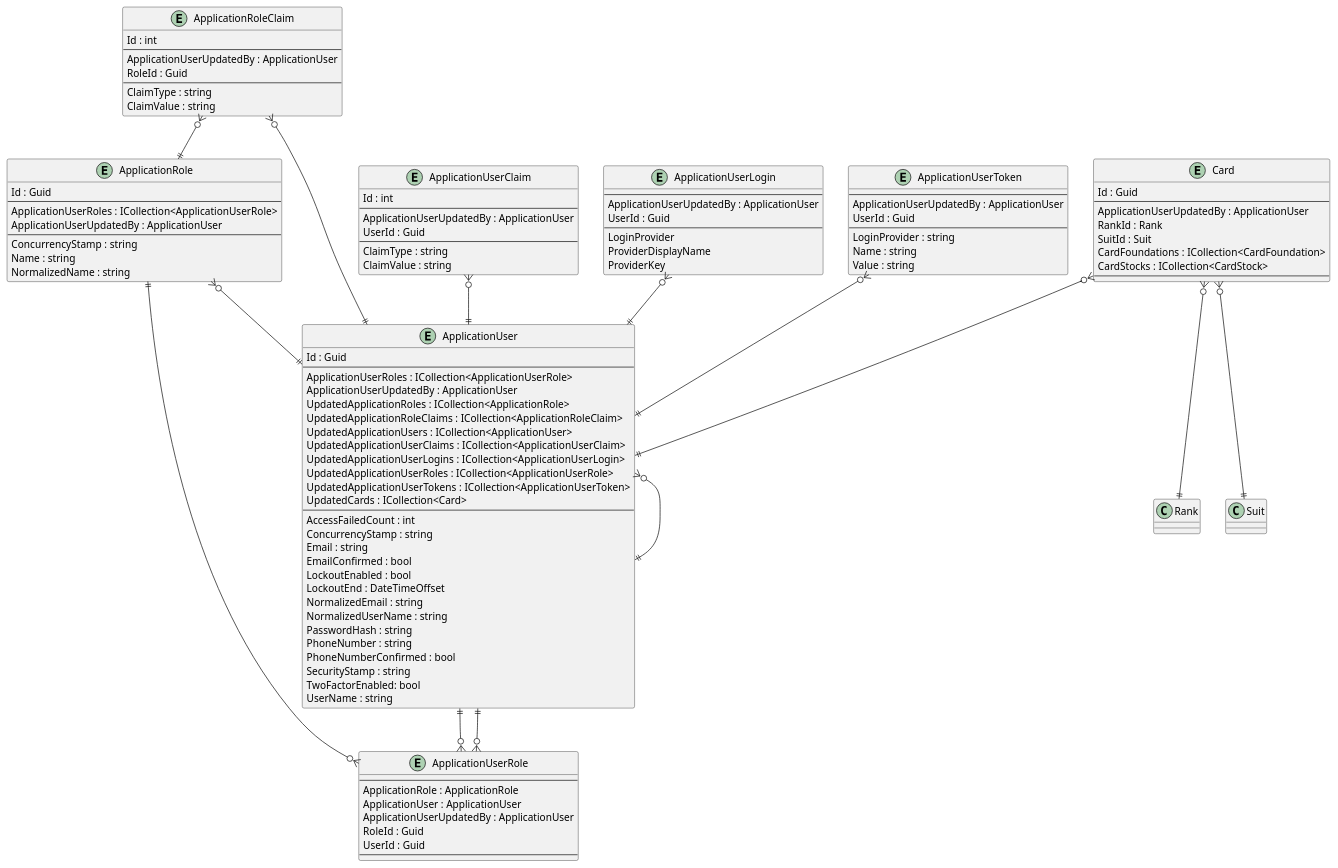
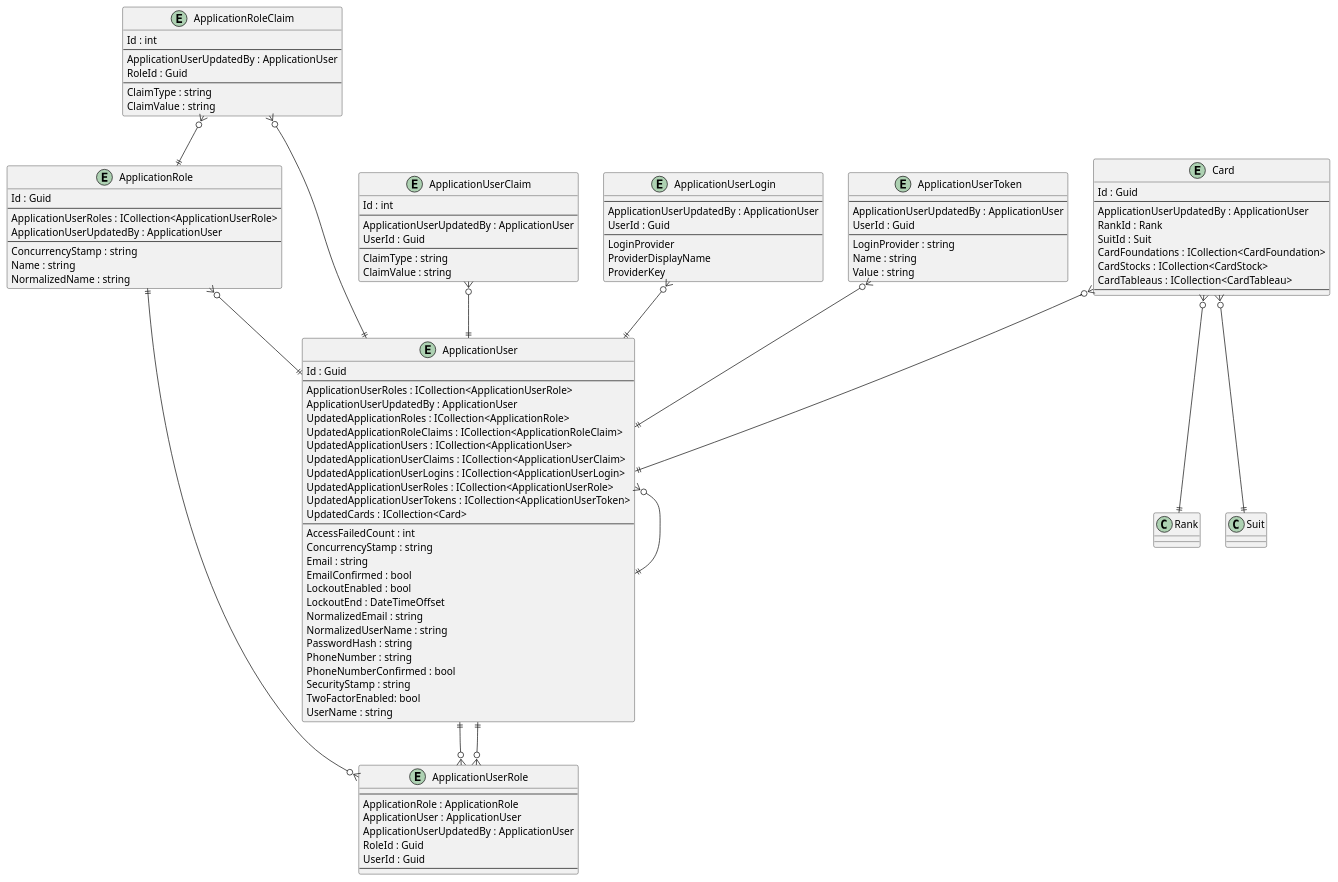
Before and after one commit to intrepion/intrepion_klondike-solitaire_csharp: the diagram in .docs/Intrepion.KlondikeSolitaire.pu, drawn with PlantUML.

```diff
--- a/.docs/Intrepion.KlondikeSolitaire.pu
+++ b/.docs/Intrepion.KlondikeSolitaire.pu
@@ -1,126 +1,127 @@
 @startuml
 
 entity ApplicationRole {
     Id : Guid
     --
     ApplicationUserRoles : ICollection<ApplicationUserRole>
     ApplicationUserUpdatedBy : ApplicationUser
     --
     ConcurrencyStamp : string
     Name : string
     NormalizedName : string
 }
 
 entity ApplicationRoleClaim {
     Id : int
     --
     ApplicationUserUpdatedBy : ApplicationUser
     RoleId : Guid
     --
     ClaimType : string
     ClaimValue : string
 }
 
 entity ApplicationUser {
     Id : Guid
     --
     ApplicationUserRoles : ICollection<ApplicationUserRole>
     ApplicationUserUpdatedBy : ApplicationUser
     UpdatedApplicationRoles : ICollection<ApplicationRole>
     UpdatedApplicationRoleClaims : ICollection<ApplicationRoleClaim>
     UpdatedApplicationUsers : ICollection<ApplicationUser>
     UpdatedApplicationUserClaims : ICollection<ApplicationUserClaim>
     UpdatedApplicationUserLogins : ICollection<ApplicationUserLogin>
     UpdatedApplicationUserRoles : ICollection<ApplicationUserRole>
     UpdatedApplicationUserTokens : ICollection<ApplicationUserToken>
     UpdatedCards : ICollection<Card>
     ' ApplicationUserKeyCodePlaceholder
     --
     AccessFailedCount : int
     ConcurrencyStamp : string
     Email : string
     EmailConfirmed : bool
     LockoutEnabled : bool
     LockoutEnd : DateTimeOffset
     NormalizedEmail : string
     NormalizedUserName : string
     PasswordHash : string
     PhoneNumber : string
     PhoneNumberConfirmed : bool
     SecurityStamp : string
     TwoFactorEnabled: bool
     UserName : string
 }
 
 entity ApplicationUserClaim {
     Id : int
     --
     ApplicationUserUpdatedBy : ApplicationUser
     UserId : Guid
     --
     ClaimType : string
     ClaimValue : string
 }
 
 entity ApplicationUserLogin {
     --
     ApplicationUserUpdatedBy : ApplicationUser
     UserId : Guid
     --
     LoginProvider
     ProviderDisplayName
     ProviderKey
 }
 
 entity ApplicationUserRole {
     --
     ApplicationRole : ApplicationRole
     ApplicationUser : ApplicationUser
     ApplicationUserUpdatedBy : ApplicationUser
     RoleId : Guid
     UserId : Guid
     --
 }
 
 entity ApplicationUserToken {
     --
     ApplicationUserUpdatedBy : ApplicationUser
     UserId : Guid
     --
     LoginProvider : string
     Name : string
     Value : string
 }
 
 entity Card {
     Id : Guid
     --
     ApplicationUserUpdatedBy : ApplicationUser
     RankId : Rank
     SuitId : Suit
     CardFoundations : ICollection<CardFoundation>
     CardStocks : ICollection<CardStock>
+    CardTableaus : ICollection<CardTableau>
     ' CardKeyCodePlaceholder
     --
     ' CardPropertyCodePlaceholder
 }
 
 ' EntityCodePlaceholder
 
 ApplicationRole ||--o{ ApplicationUserRole
 ApplicationRole }o--|| ApplicationUser
 ApplicationRoleClaim }o--|| ApplicationRole
 ApplicationRoleClaim }o--|| ApplicationUser
 ApplicationUser }o--|| ApplicationUser
 ApplicationUser ||--o{ ApplicationUserRole
 ApplicationUserClaim }o--|| ApplicationUser
 ApplicationUserLogin }o--|| ApplicationUser
 ApplicationUserRole }o--|| ApplicationUser
 ApplicationUserToken }o--|| ApplicationUser
 
 Card }o--|| ApplicationUser
 Card }o--|| Rank
 Card }o--|| Suit
 ' RelationshipCodePlaceholder
 
 @enduml
```
